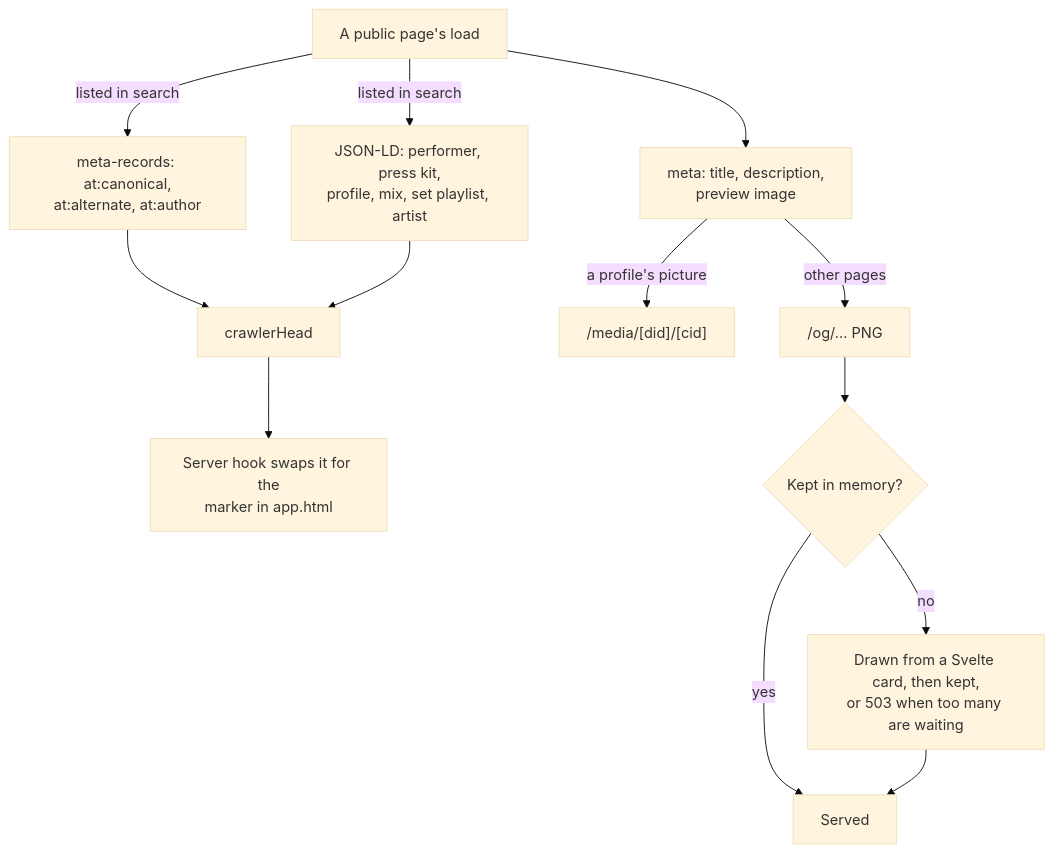
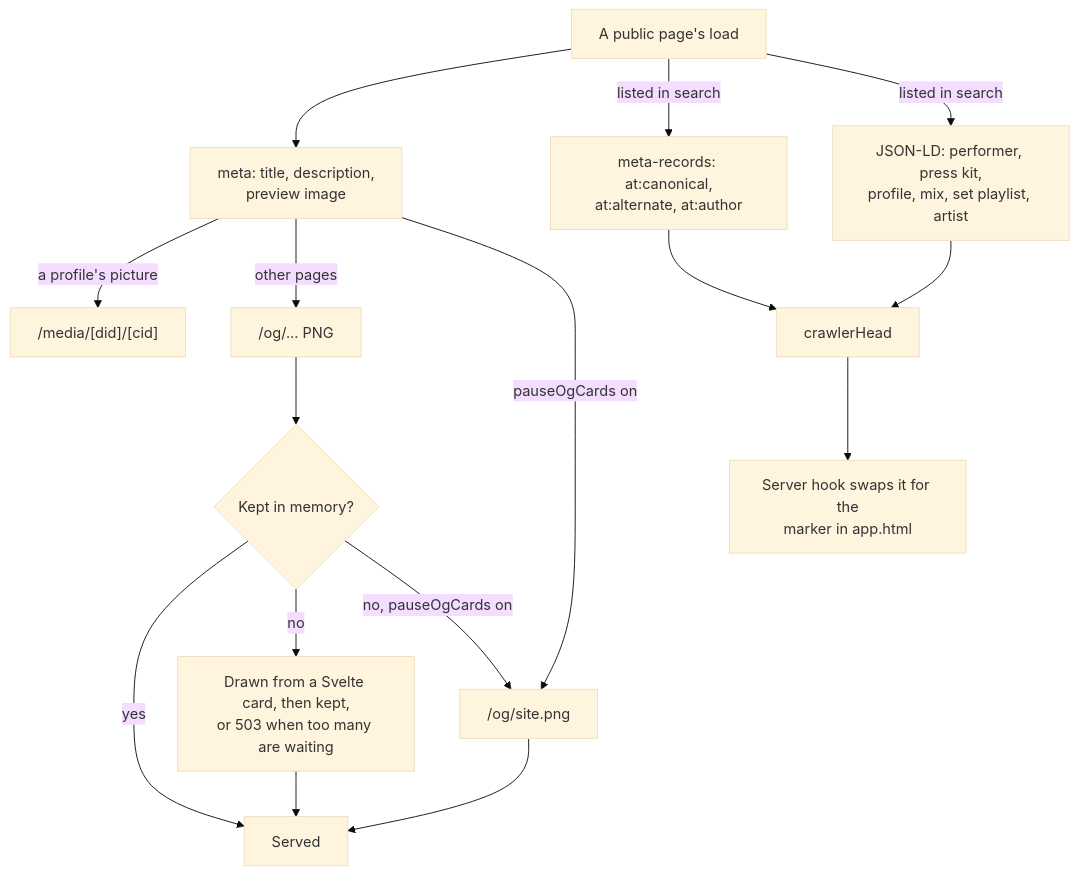
The tenth of 10 diagrams in apps/web/docs/diagrams/staff-and-upkeep.md (cutenode/localnetwork), drawn with Mermaid (base theme) before and after one commit. The commit also changed 40 other files, not shown here.

````diff
--- a/apps/web/docs/diagrams/staff-and-upkeep.md
+++ b/apps/web/docs/diagrams/staff-and-upkeep.md
@@ -206,15 +206,18 @@
 ```mermaid
 flowchart TD
   Load["A public page's load"] --> Meta["meta: title, description,<br/>preview image"]
   Load -- "listed in search" --> Records["meta-records: at:canonical,<br/>at:alternate, at:author"]
   Load -- "listed in search" --> Json["JSON-LD: performer, press kit,<br/>profile, mix, set playlist, artist"]
   Records --> Head["crawlerHead"]
   Json --> Head
   Head --> Hook["Server hook swaps it for the<br/>marker in app.html"]
   Meta -- "a profile's picture" --> Avatar["/media/[did]/[cid]"]
   Meta -- "other pages" --> Card["/og/... PNG"]
+  Meta -- "pauseOgCards on" --> Site["/og/site.png"]
   Card --> Cached{"Kept in memory?"}
   Cached -- "yes" --> Png["Served"]
   Cached -- "no" --> Draw["Drawn from a Svelte card, then kept,<br/>or 503 when too many are waiting"]
+  Cached -- "no, pauseOgCards on" --> Site
+  Site --> Png
   Draw --> Png
 ```
````
